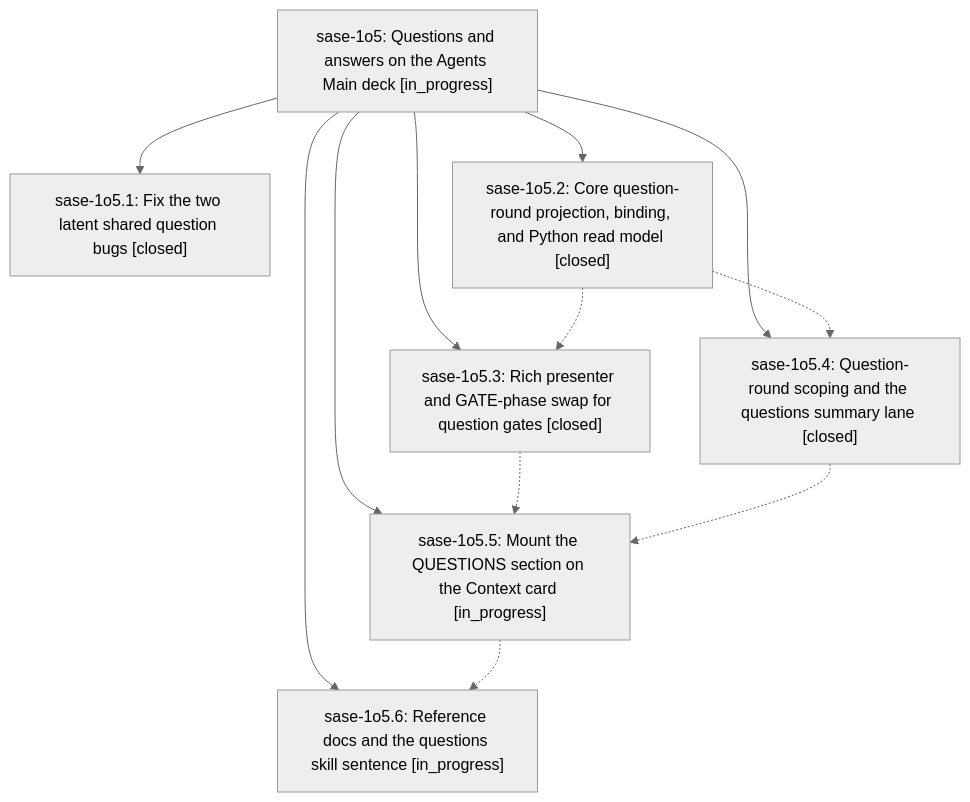
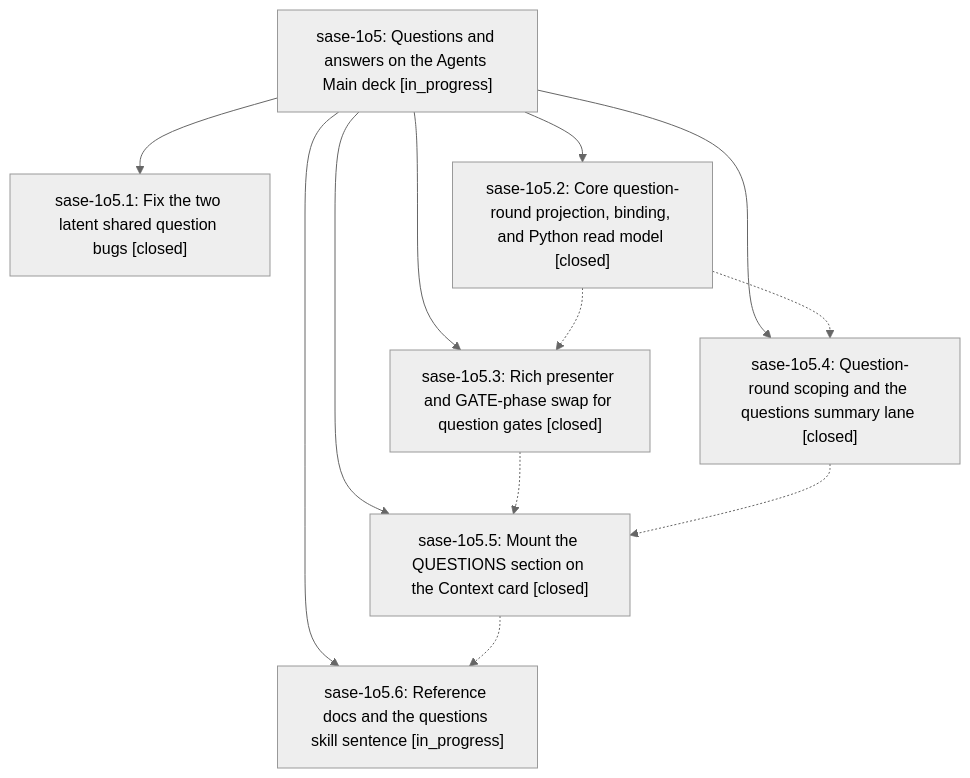
One commit to sase-org/sase--beads changed the diagram in pages/sase-1o5/README.md. Above: the diagram before and after it, drawn with Mermaid (neutral theme). The commit also changed other lines of this file and 6 other files, not shown here.

````diff
--- a/pages/sase-1o5/README.md
+++ b/pages/sase-1o5/README.md
@@ -45,21 +45,21 @@
 ```mermaid
 flowchart TD
     n0["sase-1o5: Questions and answers on the Agents Main deck [in_progress]"]
     n1["sase-1o5.1: Fix the two latent shared question bugs [closed]"]
     n2["sase-1o5.2: Core question-round projection, binding, and Python read model [closed]"]
     n3["sase-1o5.3: Rich presenter and GATE-phase swap for question gates [closed]"]
     n4["sase-1o5.4: Question-round scoping and the questions summary lane [closed]"]
-    n5["sase-1o5.5: Mount the QUESTIONS section on the Context card [in_progress]"]
+    n5["sase-1o5.5: Mount the QUESTIONS section on the Context card [closed]"]
     n6["sase-1o5.6: Reference docs and the questions skill sentence [in_progress]"]
     n0 --> n1
     n0 --> n2
     n0 --> n3
     n0 --> n4
     n0 --> n5
     n0 --> n6
     n2 -.-> n3
     n2 -.-> n4
     n3 -.-> n5
     n4 -.-> n5
     n5 -.-> n6
 ```
````
